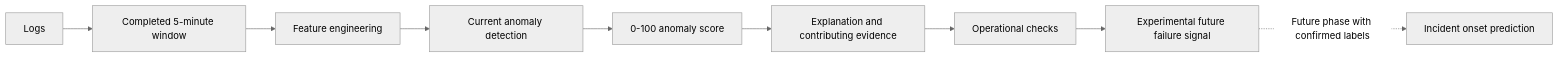
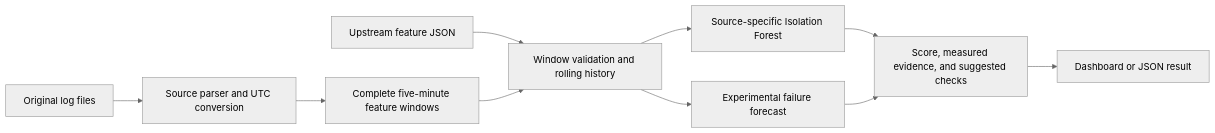
One commit to PolaAdolf/self-healing-log-intelligence changed the diagram in README.md. Above: the diagram before and after it, drawn with Mermaid (neutral theme). The commit also changed other lines of this file and 4 other files, not shown here.

````diff
--- a/README.md
+++ b/README.md
@@ -38,11 +30,12 @@
 ```mermaid
 flowchart LR
-    A[Logs] --> B[Completed 5-minute window]
-    B --> C[Feature engineering]
-    C --> D[Current anomaly detection]
-    D --> E[0-100 anomaly score]
-    E --> F[Explanation and contributing evidence]
-    F --> G[Operational checks]
-    G --> H[Experimental future failure signal]
-    H -. Future phase with confirmed labels .-> I[Incident onset prediction]
+    A[Original log files] --> B[Source parser and UTC conversion]
+    B --> C[Complete five-minute feature windows]
+    D[Upstream feature JSON] --> E[Window validation and rolling history]
+    C --> E
+    E --> F[Source-specific Isolation Forest]
+    E --> G[Experimental failure forecast]
+    F --> H[Score, measured evidence, and suggested checks]
+    G --> H
+    H --> I[Dashboard or JSON result]
 ```
````
